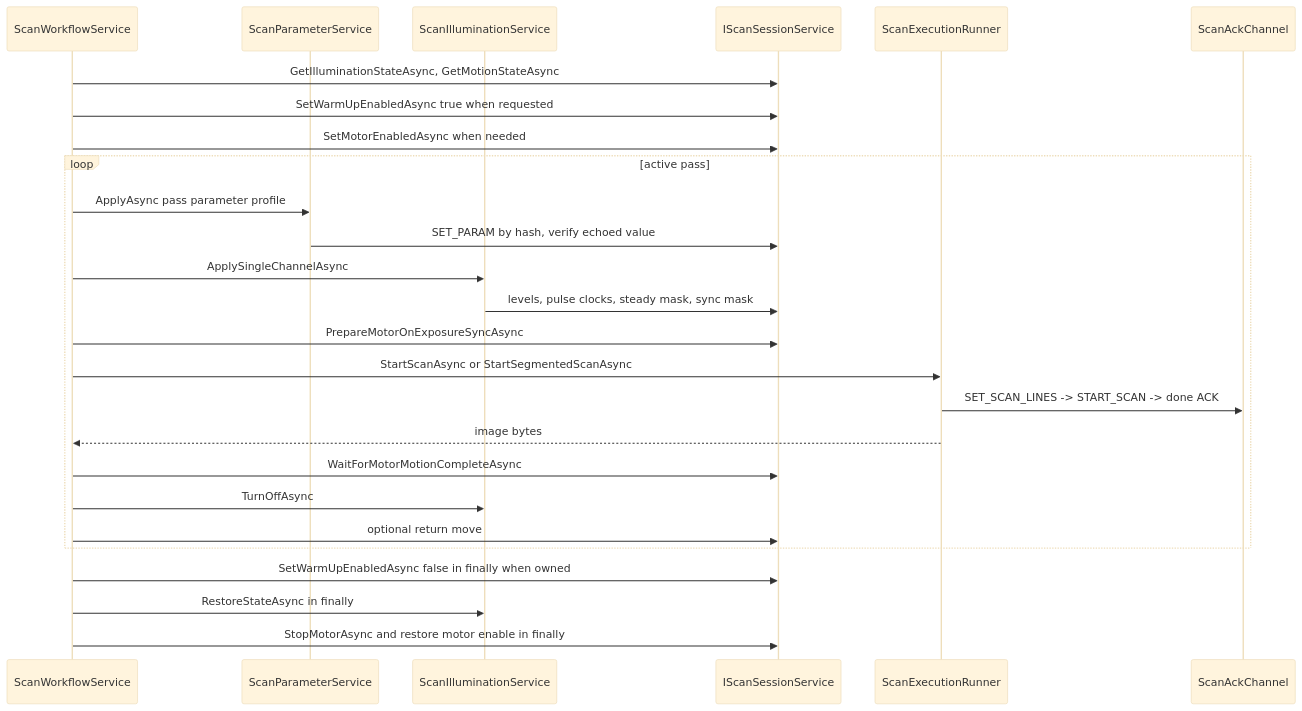
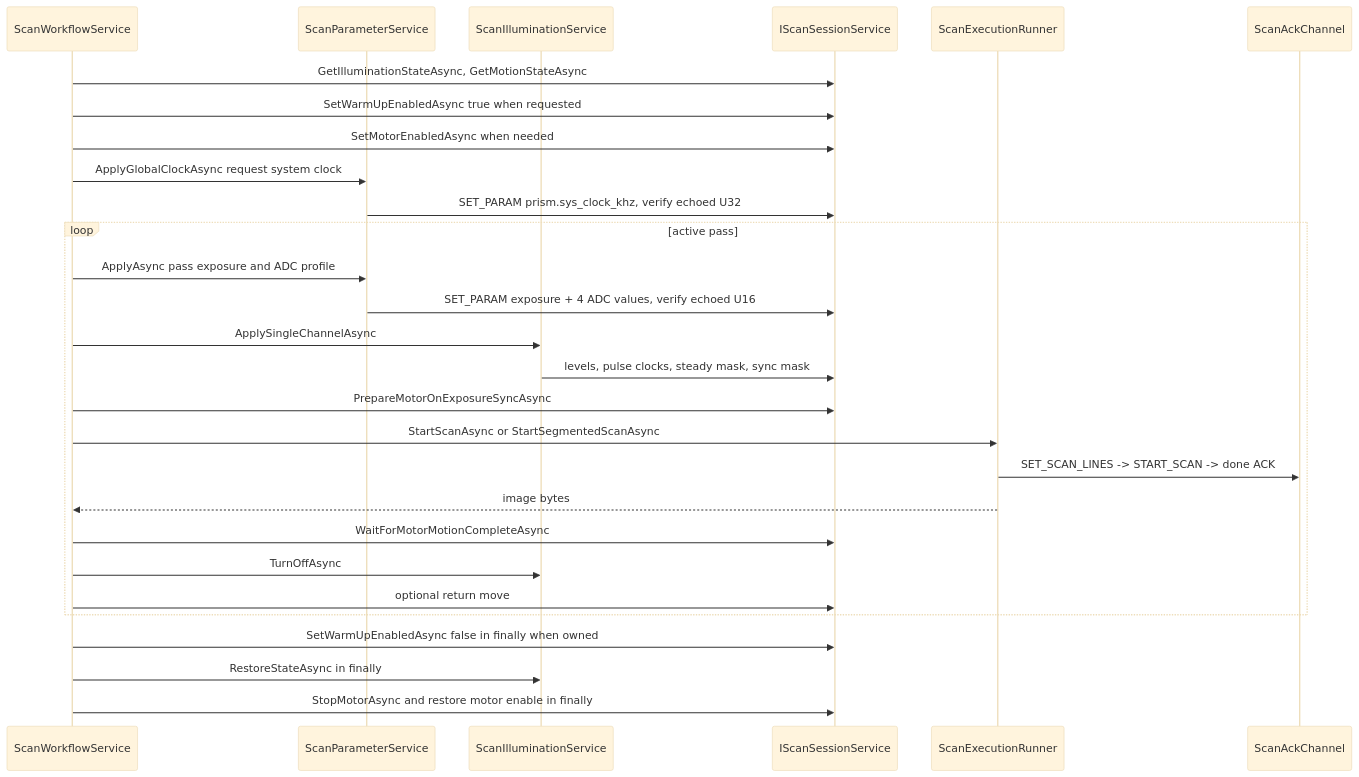
Before and after one commit to mr258876/PRISM-Utility: the second of 2 diagrams in docs/architecture/scan-workflow-and-device-control.md, drawn with Mermaid (base theme). The commit also changed other lines of this file and 108 other files, not shown here.

````diff
--- a/docs/architecture/scan-workflow-and-device-control.md
+++ b/docs/architecture/scan-workflow-and-device-control.md
@@ -77,29 +80,31 @@
 ```mermaid
 sequenceDiagram
     participant Workflow as ScanWorkflowService
     participant Params as ScanParameterService
     participant Light as ScanIlluminationService
     participant Session as IScanSessionService
     participant Runner as ScanExecutionRunner
     participant Ack as ScanAckChannel
 
     Workflow->>Session: GetIlluminationStateAsync, GetMotionStateAsync
     Workflow->>Session: SetWarmUpEnabledAsync true when requested
     Workflow->>Session: SetMotorEnabledAsync when needed
+    Workflow->>Params: ApplyGlobalClockAsync request system clock
+    Params->>Session: SET_PARAM prism.sys_clock_khz, verify echoed U32
     loop active pass
-        Workflow->>Params: ApplyAsync pass parameter profile
-        Params->>Session: SET_PARAM by hash, verify echoed value
+        Workflow->>Params: ApplyAsync pass exposure and ADC profile
+        Params->>Session: SET_PARAM exposure + 4 ADC values, verify echoed U16
         Workflow->>Light: ApplySingleChannelAsync
         Light->>Session: levels, pulse clocks, steady mask, sync mask
         Workflow->>Session: PrepareMotorOnExposureSyncAsync
         Workflow->>Runner: StartScanAsync or StartSegmentedScanAsync
         Runner->>Ack: SET_SCAN_LINES -> START_SCAN -> done ACK
         Runner-->>Workflow: image bytes
         Workflow->>Session: WaitForMotorMotionCompleteAsync
         Workflow->>Light: TurnOffAsync
         Workflow->>Session: optional return move
     end
     Workflow->>Session: SetWarmUpEnabledAsync false in finally when owned
     Workflow->>Light: RestoreStateAsync in finally
     Workflow->>Session: StopMotorAsync and restore motor enable in finally
 ```
````
